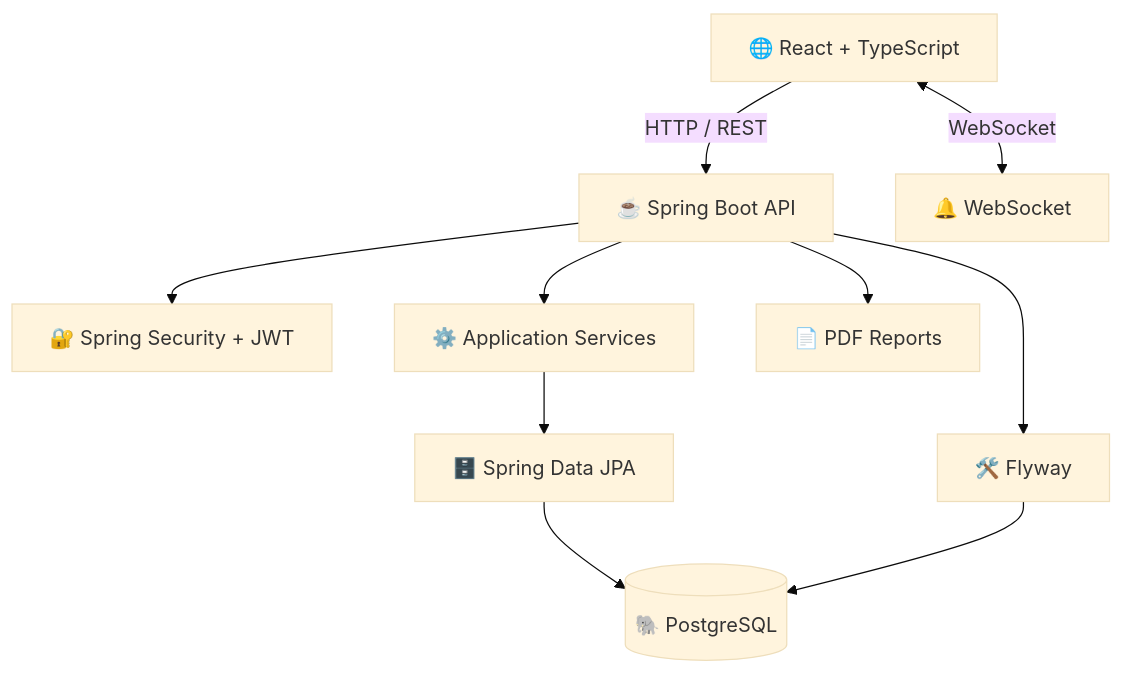
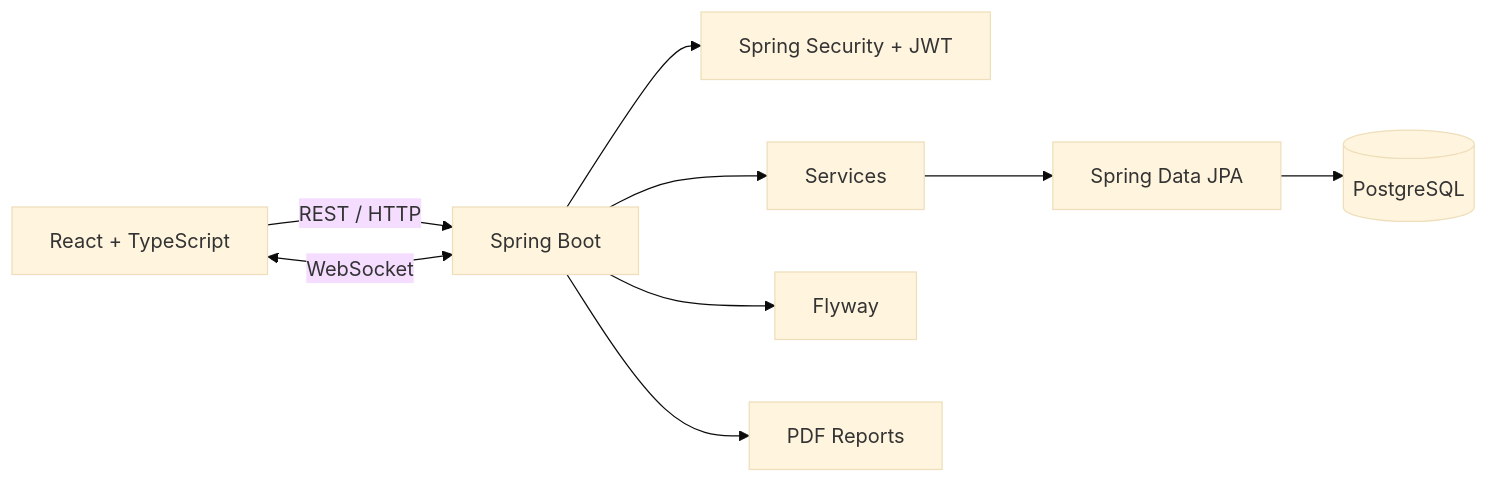
The first of 2 diagrams in README.md (adanwilliamdev/autocare), drawn with Mermaid (base theme) before and after one commit. The commit also changed other lines of this file, not shown here.

````diff
--- a/README.md
+++ b/README.md
@@ -231,17 +148,11 @@
 ```mermaid
-flowchart TB
-    CLIENT[🌐 React + TypeScript]
-
-    CLIENT -->|HTTP / REST| API[☕ Spring Boot API]
-    CLIENT <-->|WebSocket| WS[🔔 WebSocket]
-
-    API --> SECURITY[🔐 Spring Security + JWT]
-    API --> SERVICE[⚙️ Application Services]
-    SERVICE --> REPOSITORY[🗄️ Spring Data JPA]
-    REPOSITORY --> DB[(🐘 PostgreSQL)]
-
-    API --> FLYWAY[🛠️ Flyway]
-    FLYWAY --> DB
-
-    API --> REPORT[📄 PDF Reports]
+flowchart LR
+    A[React + TypeScript] -->|REST / HTTP| B[Spring Boot]
+    A <-->|WebSocket| B
+    B --> C[Spring Security + JWT]
+    B --> D[Services]
+    D --> E[Spring Data JPA]
+    E --> F[(PostgreSQL)]
+    B --> G[Flyway]
+    B --> H[PDF Reports]
 ```
````
